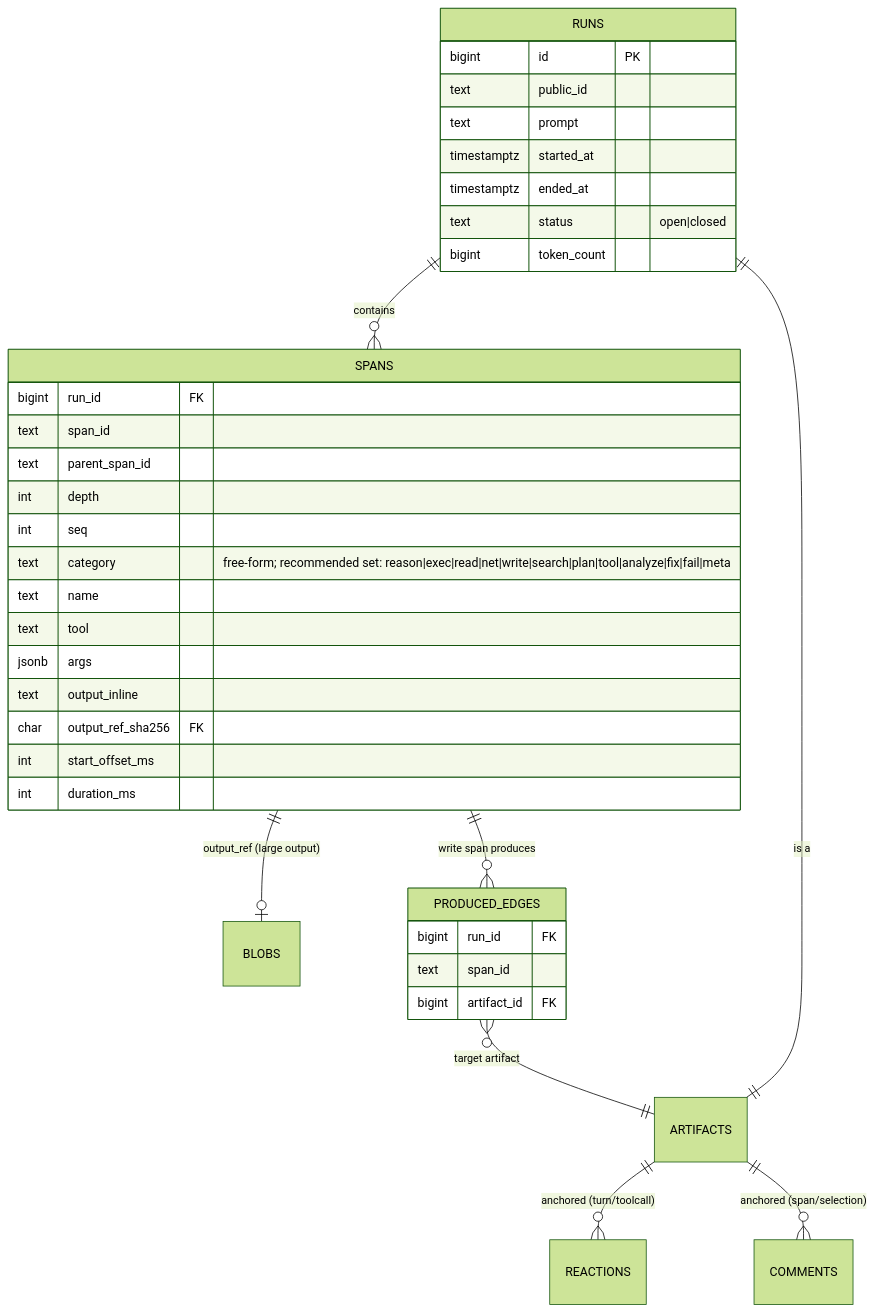
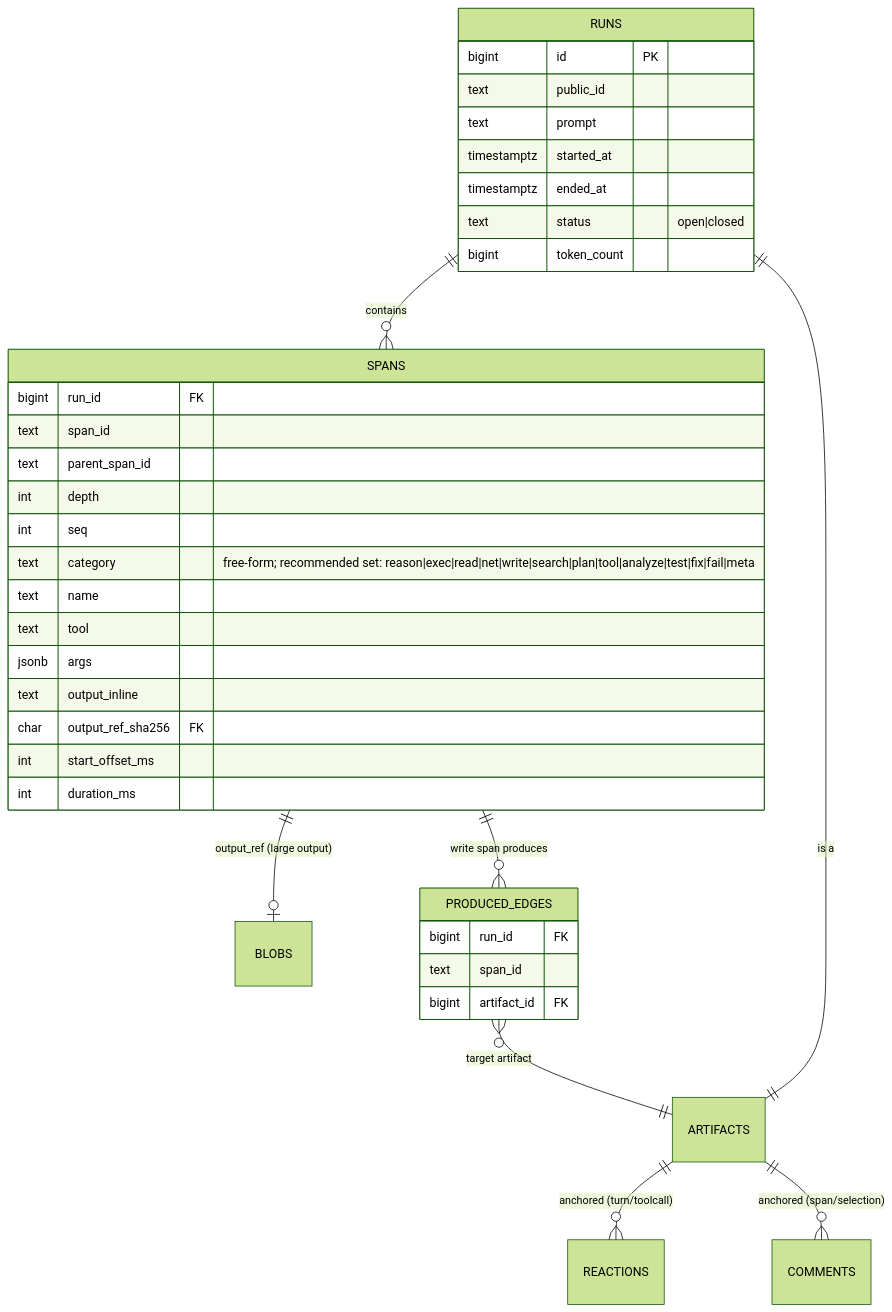
One commit to stump-wtf/cairn changed the first of 2 diagrams in docs/openspec/specs/trajectory-share/design.md. Above: the diagram before and after it, drawn with Mermaid (forest theme). The commit also changed other lines of this file and 4 other files, not shown here.

First line of the commit message:
fix(docs,website): category nits — literal \\n, counts, missing test entries

````diff
--- a/docs/openspec/specs/trajectory-share/design.md
+++ b/docs/openspec/specs/trajectory-share/design.md
@@ -105,40 +105,40 @@
 ```mermaid
 erDiagram
     RUNS ||--o{ SPANS : contains
     SPANS ||--o| BLOBS : "output_ref (large output)"
     SPANS ||--o{ PRODUCED_EDGES : "write span produces"
     PRODUCED_EDGES }o--|| ARTIFACTS : "target artifact"
     RUNS ||--|| ARTIFACTS : "is a"
     ARTIFACTS ||--o{ REACTIONS : "anchored (turn/toolcall)"
     ARTIFACTS ||--o{ COMMENTS : "anchored (span/selection)"
 
     RUNS {
         bigint id PK
         text public_id
         text prompt
         timestamptz started_at
         timestamptz ended_at
         text status "open|closed"
         bigint token_count
     }
     SPANS {
         bigint run_id FK
         text span_id
         text parent_span_id
         int depth
         int seq
-        text category "free-form; recommended set: reason|exec|read|net|write|search|plan|tool|analyze|fix|fail|meta"
+        text category "free-form; recommended set: reason|exec|read|net|write|search|plan|tool|analyze|test|fix|fail|meta"
         text name
         text tool
         jsonb args
         text output_inline
         char output_ref_sha256 FK
         int start_offset_ms
         int duration_ms
     }
     PRODUCED_EDGES {
         bigint run_id FK
         text span_id
         bigint artifact_id FK
     }
 ```
````
